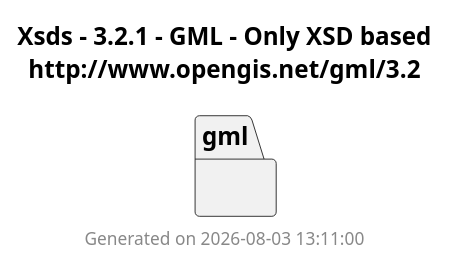
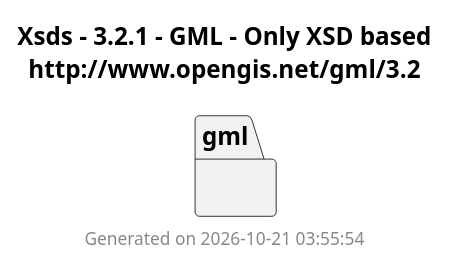
Before and after one commit to muratkendir/every-class: the diagram in docs/output/GML/3.2.1/UMLClassDiagram/gml.puml, drawn with PlantUML. The commit also changed 37 other files, not shown here.

Commit message:
cross-compilation diagram generation added.

```diff
--- a/docs/output/GML/3.2.1/UMLClassDiagram/gml.puml
+++ b/docs/output/GML/3.2.1/UMLClassDiagram/gml.puml
@@ -1,12 +1,12 @@
 @startuml
 title
   Xsds - 3.2.1 - GML - Only XSD based
   http://www.opengis.net/gml/3.2
 end title
 
 package gml {
 }
 
 
-footer Generated on 2026-08-03 13:11:00
+footer Generated on 2026-10-21 03:55:54
 @enduml
```
